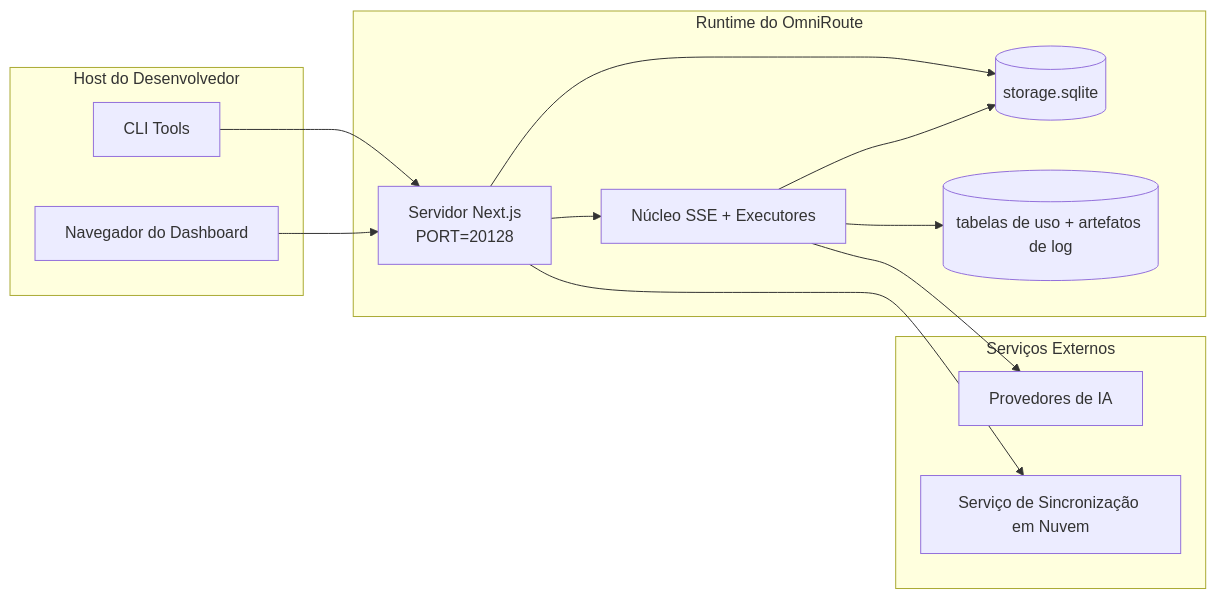
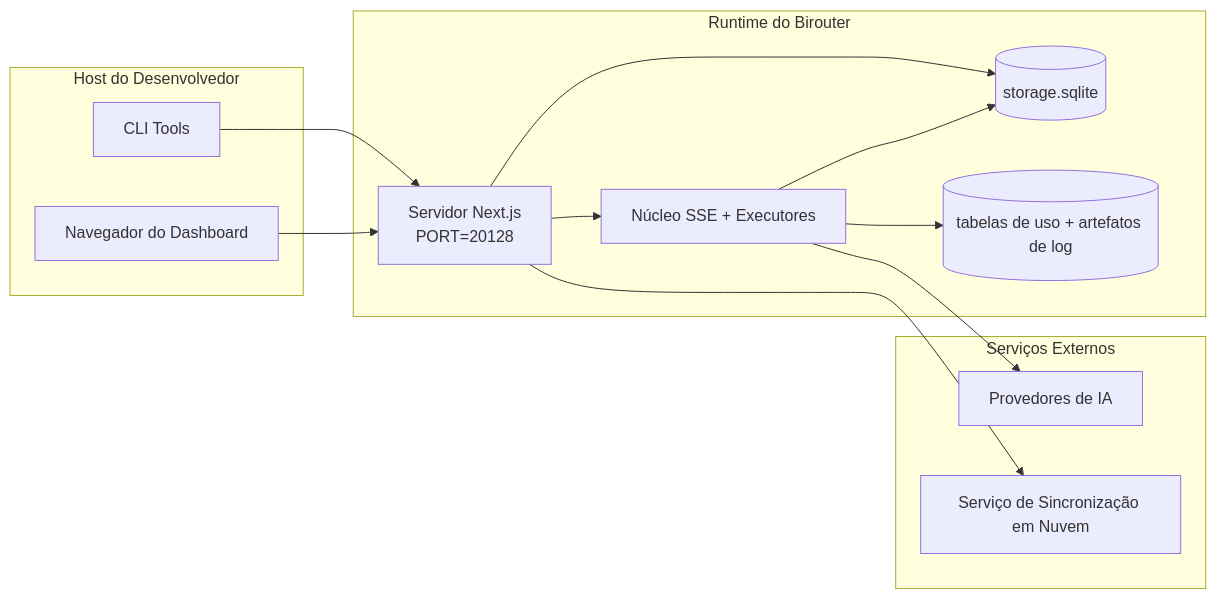
One commit to IQ-Kat/birouter changed the seventh of 7 diagrams in docs/i18n/pt-BR/docs/architecture/ARCHITECTURE.md. Above: the diagram before and after it, drawn with Mermaid. The commit also changed other lines of this file and 3606 other files, not shown here.

````diff
--- a/docs/i18n/pt-BR/docs/architecture/ARCHITECTURE.md
+++ b/docs/i18n/pt-BR/docs/architecture/ARCHITECTURE.md
@@ -791,28 +791,28 @@
 ```mermaid
 flowchart LR
     subgraph LocalHost[Host do Desenvolvedor]
         CLI[CLI Tools]
         Browser[Navegador do Dashboard]
     end
 
-    subgraph ContainerOrProcess[Runtime do OmniRoute]
+    subgraph ContainerOrProcess[Runtime do Birouter]
         Next[Servidor Next.js\nPORT=20128]
         Core[Núcleo SSE + Executores]
         MainDB[(storage.sqlite)]
         UsageDB[(tabelas de uso + artefatos de log)]
     end
 
     subgraph External[Serviços Externos]
         Providers[Provedores de IA]
         SyncCloud[Serviço de Sincronização em Nuvem]
     end
 
     CLI --> Next
     Browser --> Next
     Next --> Core
     Next --> MainDB
     Core --> MainDB
     Core --> UsageDB
     Core --> Providers
     Next --> SyncCloud
 ```
````
